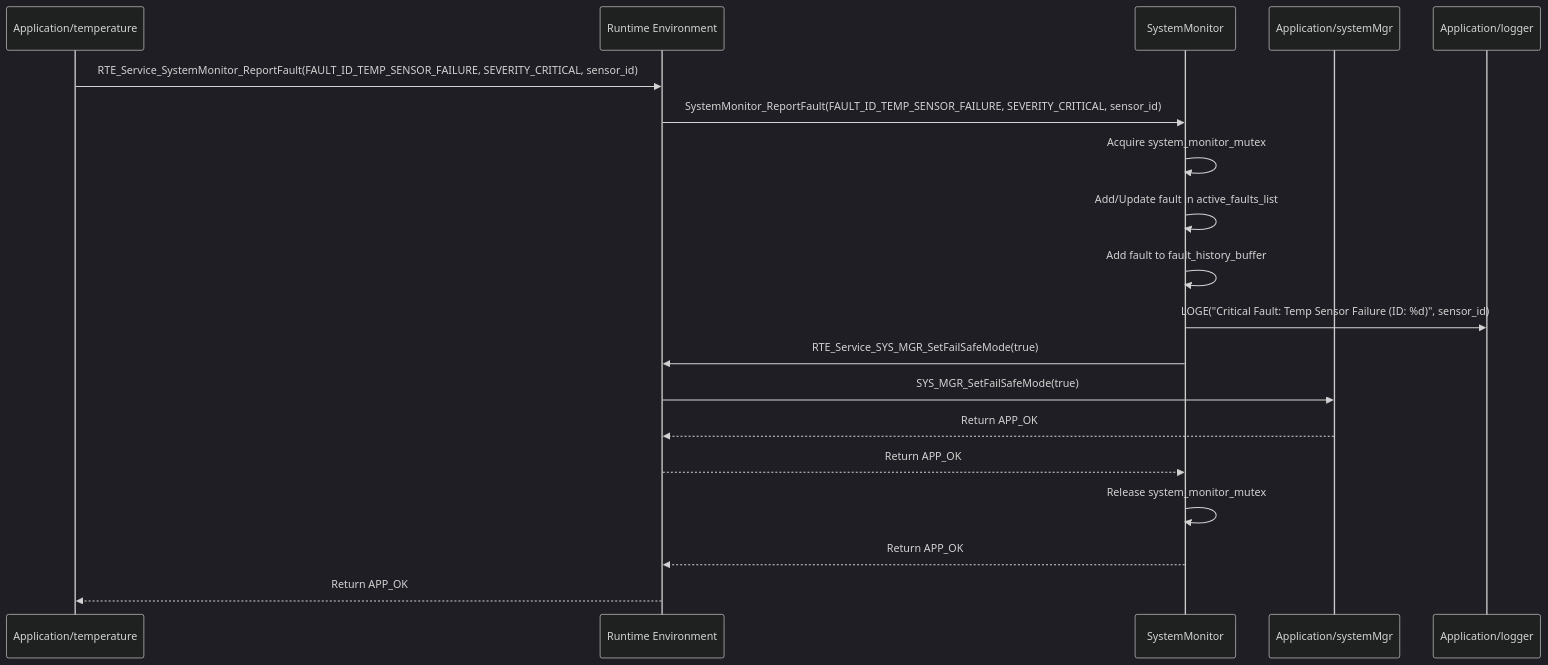
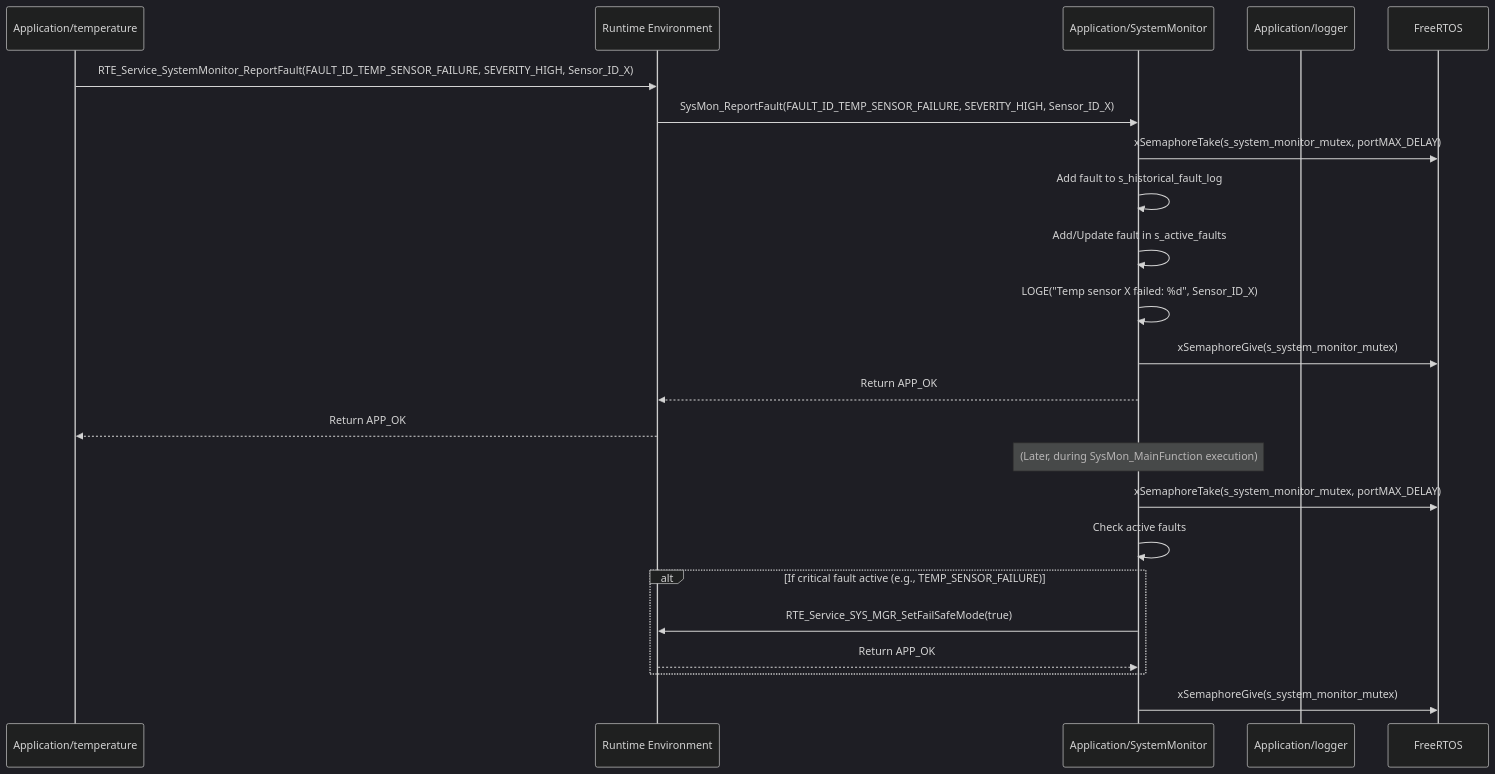
The diagram in Requiremets/Design/Application/SystemMonitor.md (ashaker-2/Platform), drawn with Mermaid (dark theme) before and after one commit. The commit also changed other lines of this file and 26 other files, not shown here.

````diff
--- a/Requiremets/Design/Application/SystemMonitor.md
+++ b/Requiremets/Design/Application/SystemMonitor.md
@@ -235,22 +225,27 @@
 ```mermaid
 sequenceDiagram  
     participant TempSensor as Application/temperature  
     participant RTE as Runtime Environment  
-    participant SystemMonitor as SystemMonitor  
-    participant SystemMgr as Application/systemMgr  
-    participant Logger as Application/logger
+    participant SystemMonitor as Application/SystemMonitor  
+    participant Logger as Application/logger  
+    participant FreeRTOS as FreeRTOS
 
-    TempSensor->>RTE: RTE_Service_SystemMonitor_ReportFault(FAULT_ID_TEMP_SENSOR_FAILURE, SEVERITY_CRITICAL, sensor_id)  
-    RTE->>SystemMonitor: SystemMonitor_ReportFault(FAULT_ID_TEMP_SENSOR_FAILURE, SEVERITY_CRITICAL, sensor_id)  
-    SystemMonitor->>SystemMonitor: Acquire system_monitor_mutex  
-    SystemMonitor->>SystemMonitor: Add/Update fault in active_faults_list  
-    SystemMonitor->>SystemMonitor: Add fault to fault_history_buffer  
-    SystemMonitor->>Logger: LOGE("Critical Fault: Temp Sensor Failure (ID: %d)", sensor_id)  
-    SystemMonitor->>RTE: RTE_Service_SYS_MGR_SetFailSafeMode(true)  
-    RTE->>SystemMgr: SYS_MGR_SetFailSafeMode(true)  
-    SystemMgr-->>RTE: Return APP_OK  
-    RTE-->>SystemMonitor: Return APP_OK  
-    SystemMonitor->>SystemMonitor: Release system_monitor_mutex  
+    TempSensor->>RTE: RTE_Service_SystemMonitor_ReportFault(FAULT_ID_TEMP_SENSOR_FAILURE, SEVERITY_HIGH, Sensor_ID_X)  
+    RTE->>SystemMonitor: SysMon_ReportFault(FAULT_ID_TEMP_SENSOR_FAILURE, SEVERITY_HIGH, Sensor_ID_X)  
+    SystemMonitor->>FreeRTOS: xSemaphoreTake(s_system_monitor_mutex, portMAX_DELAY)  
+    SystemMonitor->>SystemMonitor: Add fault to s_historical_fault_log  
+    SystemMonitor->>SystemMonitor: Add/Update fault in s_active_faults  
+    SystemMonitor->>SystemMonitor: LOGE("Temp sensor X failed: %d", Sensor_ID_X)  
+    SystemMonitor->>FreeRTOS: xSemaphoreGive(s_system_monitor_mutex)  
     SystemMonitor-->>RTE: Return APP_OK  
     RTE-->>TempSensor: Return APP_OK
+
+    Note over SystemMonitor: (Later, during SysMon_MainFunction execution)  
+    SystemMonitor->>FreeRTOS: xSemaphoreTake(s_system_monitor_mutex, portMAX_DELAY)  
+    SystemMonitor->>SystemMonitor: Check active faults  
+    alt If critical fault active (e.g., TEMP_SENSOR_FAILURE)  
+        SystemMonitor->>RTE: RTE_Service_SYS_MGR_SetFailSafeMode(true)  
+        RTE-->>SystemMonitor: Return APP_OK  
+    end  
+    SystemMonitor->>FreeRTOS: xSemaphoreGive(s_system_monitor_mutex)
 ```
````
